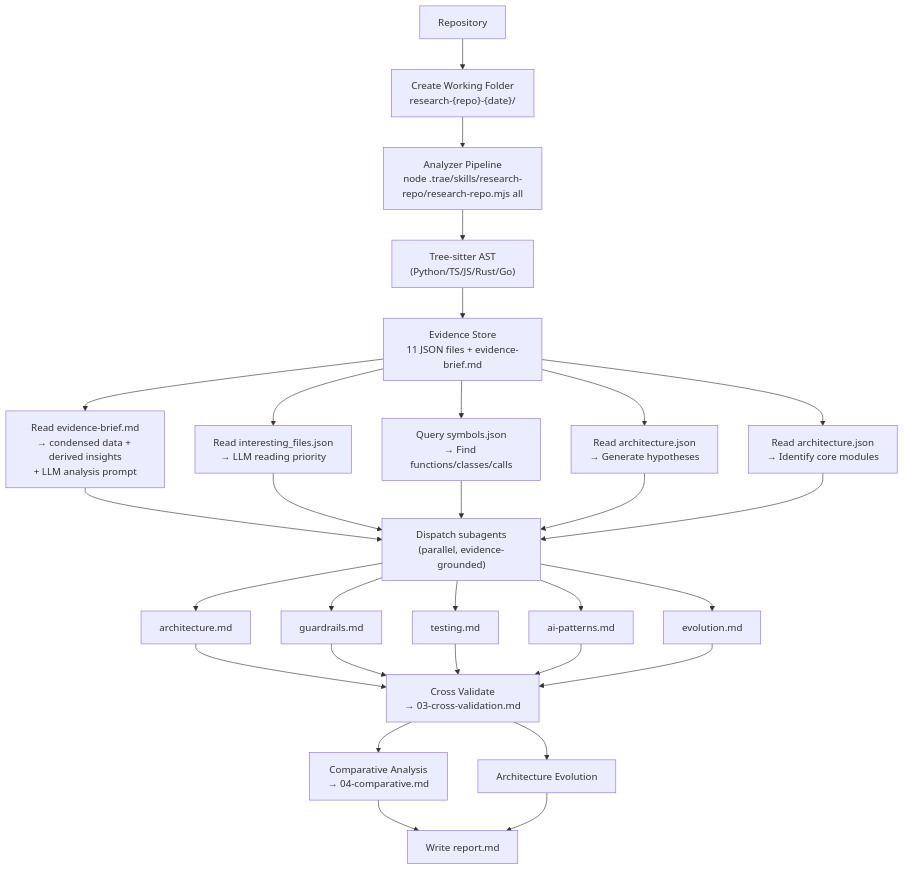
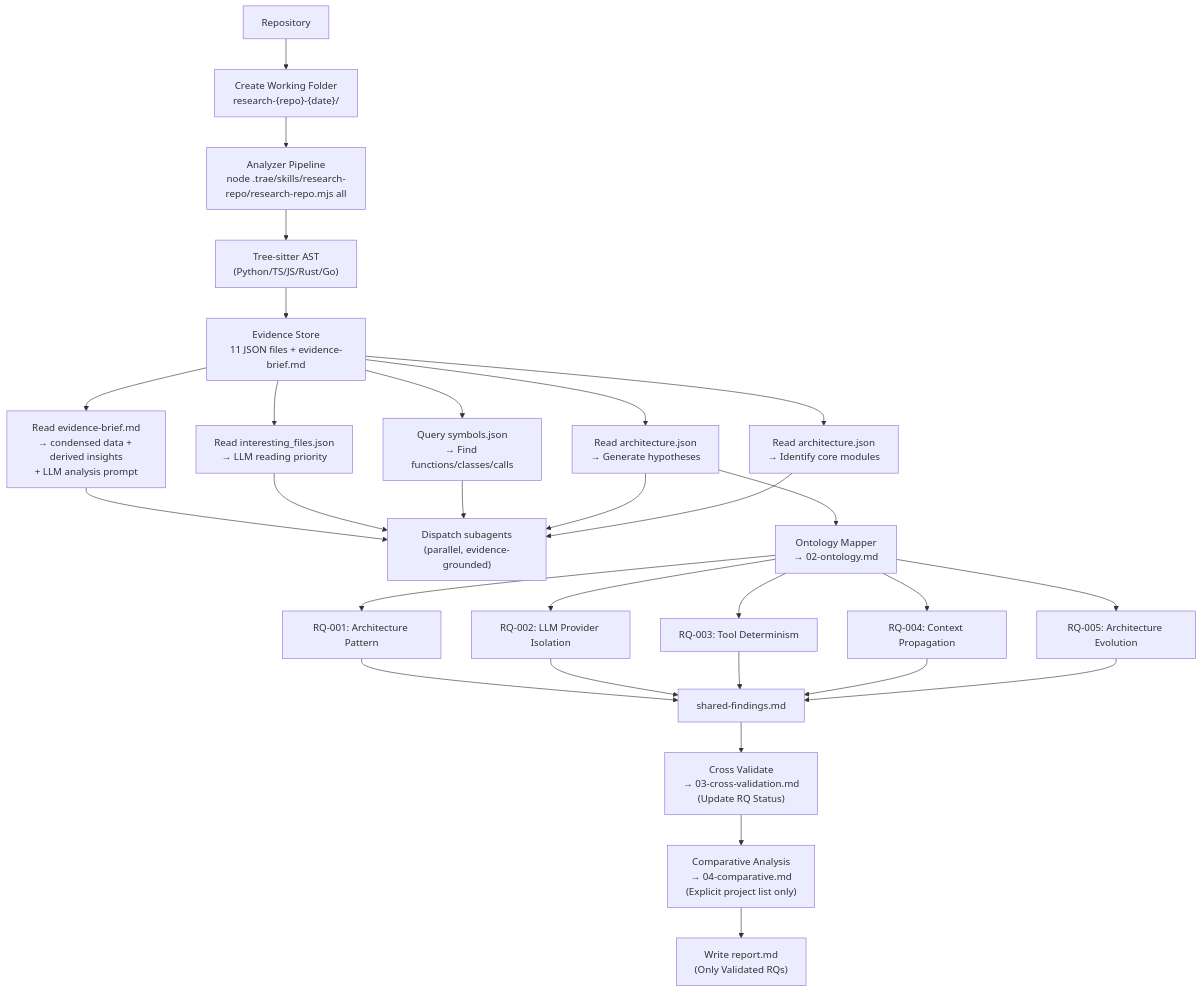
One commit to devweekly/devweekly.github.io changed the third of 3 diagrams in .trae/skills/research-repo/SKILL.md. Above: the diagram before and after it, drawn with Mermaid. The commit also changed other lines of this file and 13 other files, not shown here.

````diff
--- a/.trae/skills/research-repo/SKILL.md
+++ b/.trae/skills/research-repo/SKILL.md
@@ -492,38 +493,40 @@
 ```mermaid
 flowchart TD
   A[Repository] --> WF["Create Working Folder<br/>research-{repo}-{date}/"]
   WF --> DA["Analyzer Pipeline<br/>node .trae/skills/research-repo/research-repo.mjs all"]
 
   DA --> TS["Tree-sitter AST<br/>(Python/TS/JS/Rust/Go)"]
   TS --> ES["Evidence Store<br/>11 JSON files + evidence-brief.md"]
 
   ES --> BRIEF["Read evidence-brief.md<br/>→ condensed data + derived insights<br/>+ LLM analysis prompt"]
   ES --> RANK["Read interesting_files.json<br/>→ LLM reading priority"]
   ES --> SYM["Query symbols.json<br/>→ Find functions/classes/calls"]
   ES --> HYP["Read architecture.json<br/>→ Generate hypotheses"]
   ES --> ARCH["Read architecture.json<br/>→ Identify core modules"]
 
   BRIEF --> E["Dispatch subagents<br/>(parallel, evidence-grounded)"]
   RANK --> E
   SYM --> E
   HYP --> E
   ARCH --> E
 
-  E --> E1["architecture.md"]
-  E --> E2["guardrails.md"]
-  E --> E3["testing.md"]
-  E --> E4["ai-patterns.md"]
-  E --> E5["evolution.md"]
+  HYP --> ONT["Ontology Mapper<br/>→ 02-ontology.md"]
 
-  E1 --> F["Cross Validate<br/>→ 03-cross-validation.md"]
-  E2 --> F
-  E3 --> F
-  E4 --> F
-  E5 --> F
+  ONT --> RQ1["RQ-001: Architecture Pattern"]
+  ONT --> RQ2["RQ-002: LLM Provider Isolation"]
+  ONT --> RQ3["RQ-003: Tool Determinism"]
+  ONT --> RQ4["RQ-004: Context Propagation"]
+  ONT --> RQ5["RQ-005: Architecture Evolution"]
 
-  F --> CA["Comparative Analysis<br/>→ 04-comparative.md"]
-  F --> EV["Architecture Evolution"]
+  RQ1 --> SF["shared-findings.md"]
+  RQ2 --> SF
+  RQ3 --> SF
+  RQ4 --> SF
+  RQ5 --> SF
 
-  CA --> M["Write report.md"]
-  EV --> M
+  SF --> F["Cross Validate<br/>→ 03-cross-validation.md<br/>(Update RQ Status)"]
+
+  F --> CA["Comparative Analysis<br/>→ 04-comparative.md<br/>(Explicit project list only)"]
+
+  CA --> M["Write report.md<br/>(Only Validated RQs)"]
 ```
````
